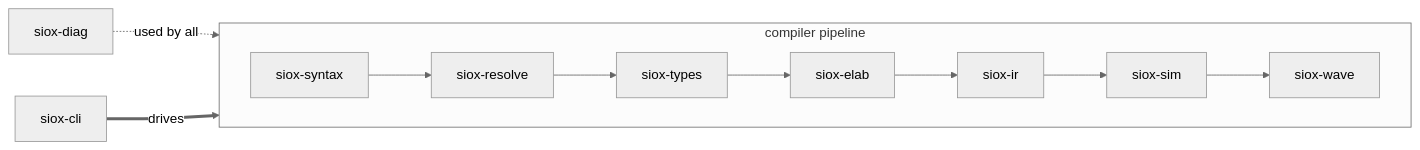
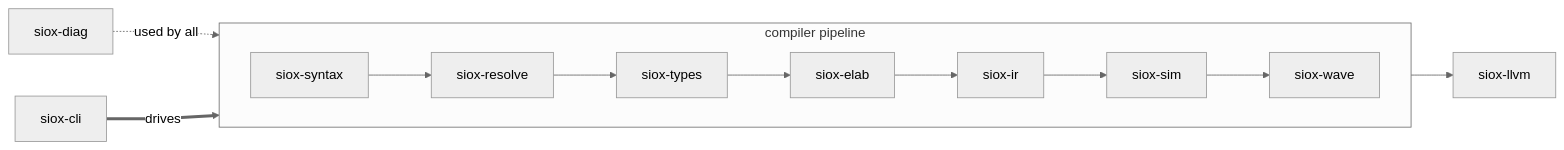
One commit to Siox-lang/sioxc changed the first of 2 diagrams in docs/architecture.md. Above: the diagram before and after it, drawn with Mermaid (neutral theme). The commit also changed other lines of this file and 2 other files, not shown here.

First line of the commit message:
docs: reflect the siox-llvm compiled backend

````diff
--- a/docs/architecture.md
+++ b/docs/architecture.md
@@ -8,9 +8,10 @@
 ```mermaid
 flowchart LR
     subgraph pipeline [compiler pipeline]
         direction LR
         SY[siox-syntax] --> RE[siox-resolve] --> TY[siox-types] --> EL[siox-elab] --> IR[siox-ir] --> SI[siox-sim] --> WA[siox-wave]
     end
+    IR --> LL[siox-llvm]
     DIAG[siox-diag] -. used by all .-> pipeline
     CLI[siox-cli] == drives ==> pipeline
 ```
````
